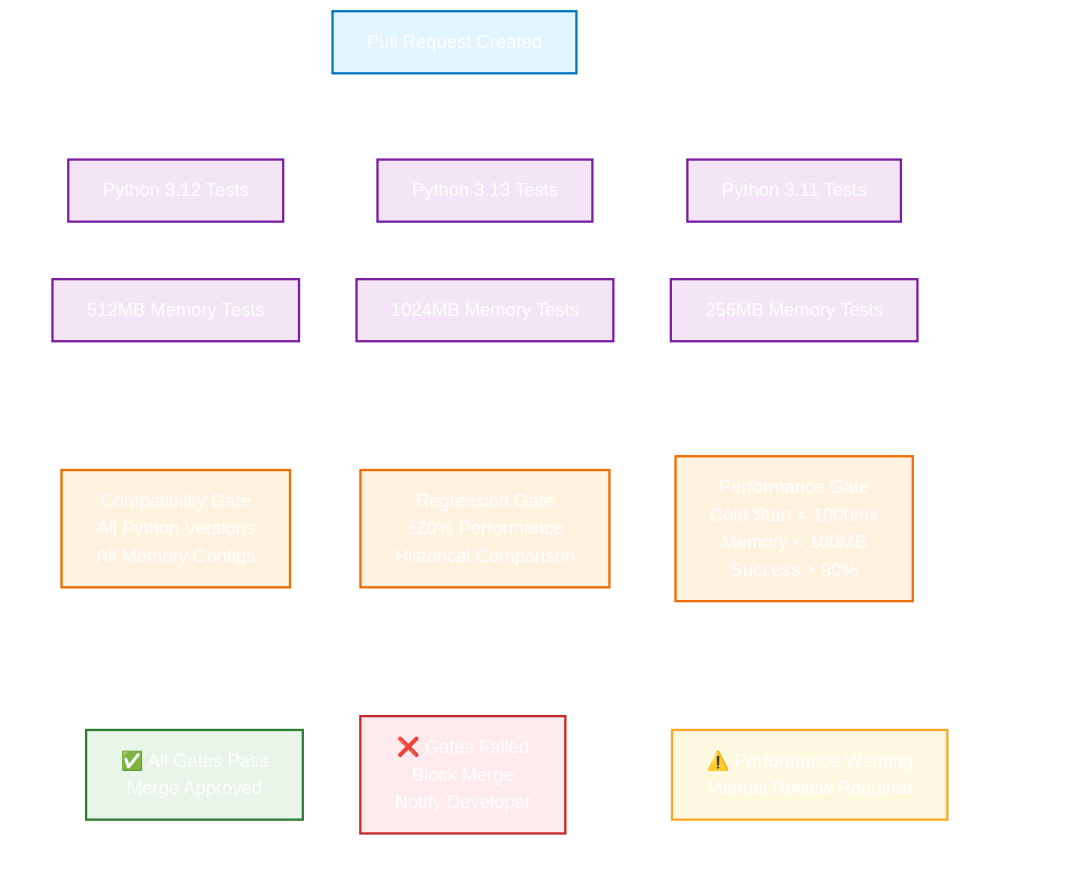
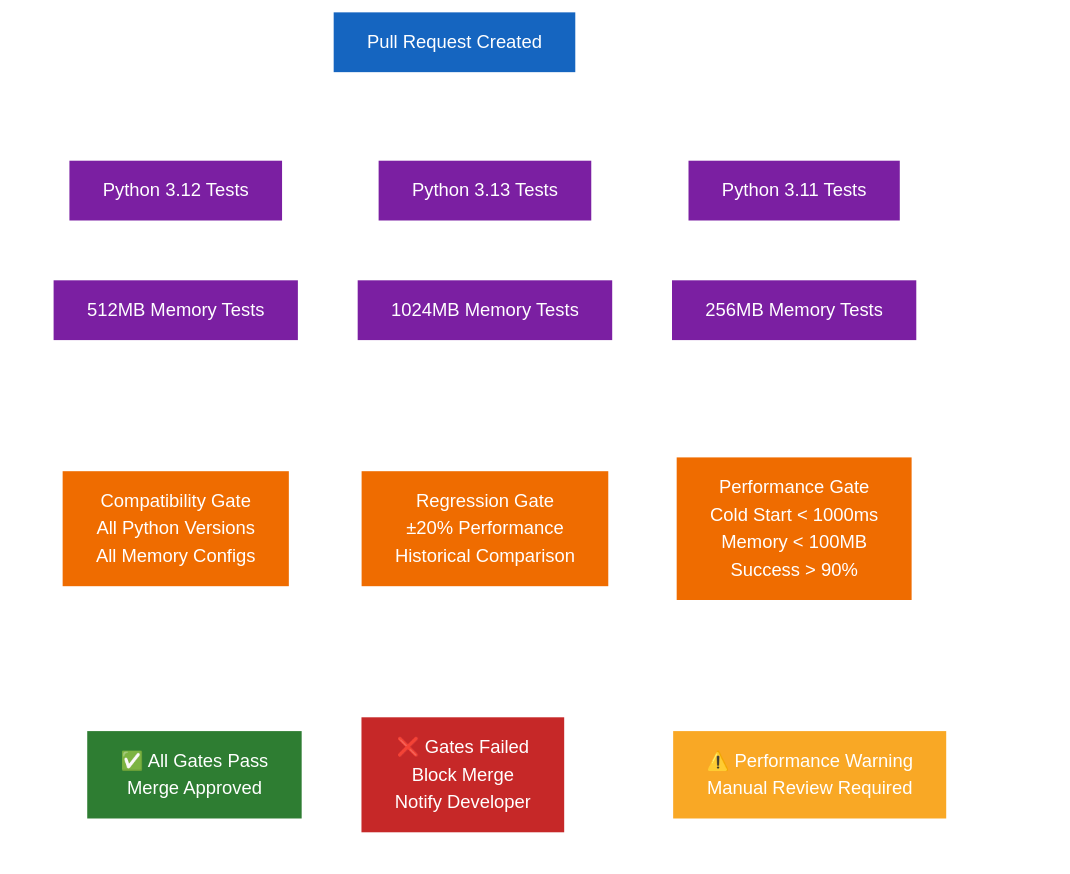
The fourth of 5 diagrams in docs/development/testing/lambda-testing.rst (honeyhiveai/python-sdk), drawn with Mermaid before and after one commit. The commit also changed other lines of this file, not shown here.

First line of the commit message:
fix: Use high-contrast HoneyHive color scheme for Mermaid diagrams

```diff
--- a/docs/development/testing/lambda-testing.rst
+++ b/docs/development/testing/lambda-testing.rst
@@ -722,63 +722,63 @@
 .. mermaid::
 
    %%{init: {'theme':'base', 'themeVariables': {'primaryColor': '#4F81BD', 'primaryTextColor': '#ffffff', 'primaryBorderColor': '#ffffff', 'lineColor': '#ffffff', 'mainBkg': 'transparent', 'secondBkg': 'transparent', 'tertiaryColor': 'transparent', 'clusterBkg': 'transparent', 'clusterBorder': '#ffffff', 'edgeLabelBackground': 'transparent', 'background': 'transparent'}, 'flowchart': {'linkColor': '#ffffff', 'linkWidth': 2}}}%%
    graph TD
        PR[Pull Request Created]
        
        subgraph "Automated Testing Matrix"
            PY311[Python 3.11 Tests]
            PY312[Python 3.12 Tests]
            PY313[Python 3.13 Tests]
            
            M256[256MB Memory Tests]
            M512[512MB Memory Tests]
            M1024[1024MB Memory Tests]
        end
        
        subgraph "Quality Gates"
            PERF[Performance Gate<br/>Cold Start < 1000ms<br/>Memory < 100MB<br/>Success > 90%]
            COMPAT[Compatibility Gate<br/>All Python Versions<br/>All Memory Configs]
            REGRESS[Regression Gate<br/>±20% Performance<br/>Historical Comparison]
        end
        
        subgraph "Results"
            PASS[✅ All Gates Pass<br/>Merge Approved]
            FAIL[❌ Gates Failed<br/>Block Merge<br/>Notify Developer]
            WARN[⚠️ Performance Warning<br/>Manual Review Required]
        end
        
        PR --> PY311
        PR --> PY312
        PR --> PY313
        
        PY311 --> M256
        PY312 --> M512
        PY313 --> M1024
        
        M256 --> PERF
        M512 --> COMPAT
        M1024 --> REGRESS
        
        PERF --> PASS
        PERF --> FAIL
        PERF --> WARN
        
        COMPAT --> PASS
        COMPAT --> FAIL
        
        REGRESS --> WARN
        REGRESS --> PASS
        
-       classDef trigger fill:#e1f5fe,stroke:#0277bd,stroke-width:2px,color:#ffffff
-       classDef test fill:#f3e5f5,stroke:#7b1fa2,stroke-width:2px,color:#ffffff
-       classDef gate fill:#fff3e0,stroke:#ef6c00,stroke-width:2px,color:#ffffff
-       classDef success fill:#e8f5e8,stroke:#2e7d32,stroke-width:2px,color:#ffffff
-       classDef warning fill:#fff8e1,stroke:#f9a825,stroke-width:2px,color:#ffffff
-       classDef failure fill:#ffebee,stroke:#c62828,stroke-width:2px,color:#ffffff
+       classDef trigger fill:#1565c0,stroke:#ffffff,stroke-width:2px,color:#ffffff
+       classDef test fill:#7b1fa2,stroke:#ffffff,stroke-width:2px,color:#ffffff
+       classDef gate fill:#ef6c00,stroke:#ffffff,stroke-width:2px,color:#ffffff
+       classDef success fill:#2e7d32,stroke:#ffffff,stroke-width:2px,color:#ffffff
+       classDef warning fill:#f9a825,stroke:#ffffff,stroke-width:2px,color:#ffffff
+       classDef failure fill:#c62828,stroke:#ffffff,stroke-width:2px,color:#ffffff
        
        class PR trigger
        class PY311,PY312,PY313,M256,M512,M1024 test
        class PERF,COMPAT,REGRESS gate
        class PASS success
        class WARN warning
        class FAIL failure
```
